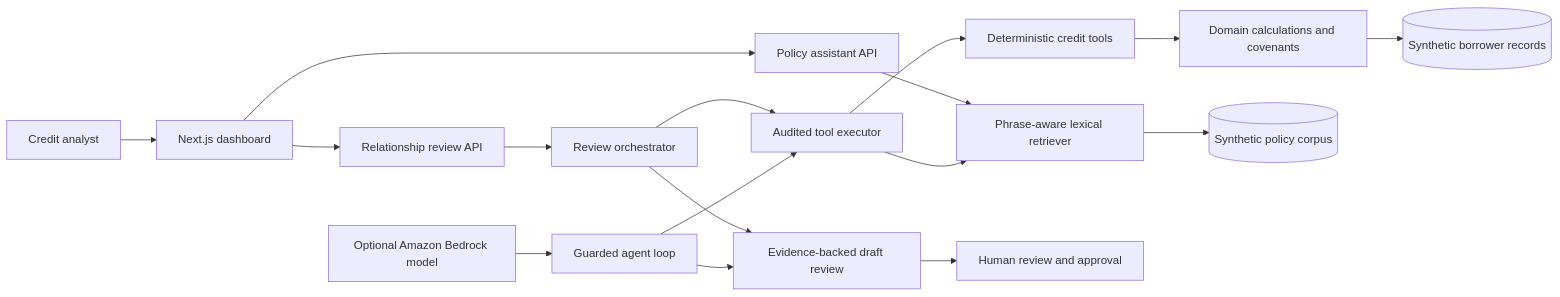
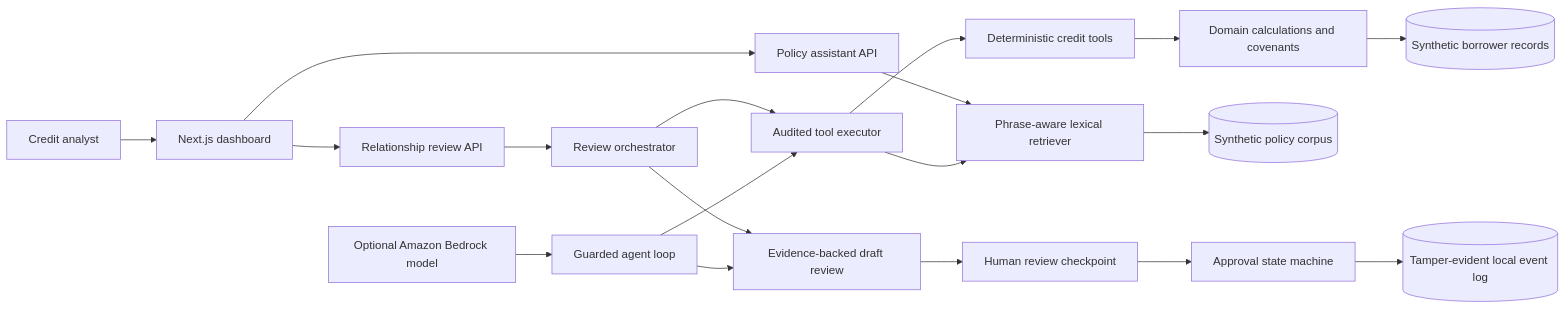
The diagram in README.md (wale2002/creditops-agent), drawn with Mermaid before and after one commit. The commit also changed other lines of this file and 23 other files, not shown here.

Commit message:
feat: add cost-safe infrastructure and human approval workflow

````diff
--- a/README.md
+++ b/README.md
@@ -24,23 +25,25 @@
 ```mermaid
 flowchart LR
     User[Credit analyst] --> Web[Next.js dashboard]
     Web --> ReviewAPI[Relationship review API]
     Web --> PolicyAPI[Policy assistant API]
 
     ReviewAPI --> Orchestrator[Review orchestrator]
     PolicyAPI --> Retriever[Phrase-aware lexical retriever]
 
     Orchestrator --> Executor[Audited tool executor]
     Bedrock[Optional Amazon Bedrock model] --> AgentLoop[Guarded agent loop]
     AgentLoop --> Executor
 
     Executor --> CreditTools[Deterministic credit tools]
     Executor --> Retriever
     CreditTools --> Domain[Domain calculations and covenants]
     Retriever --> Policy[(Synthetic policy corpus)]
     Domain --> Records[(Synthetic borrower records)]
 
     Orchestrator --> Draft[Evidence-backed draft review]
     AgentLoop --> Draft
-    Draft --> Human[Human review and approval]
+    Draft --> Human[Human review checkpoint]
+    Human --> DecisionService[Approval state machine]
+    DecisionService --> DecisionLog[(Tamper-evident local event log)]
 ```
````
